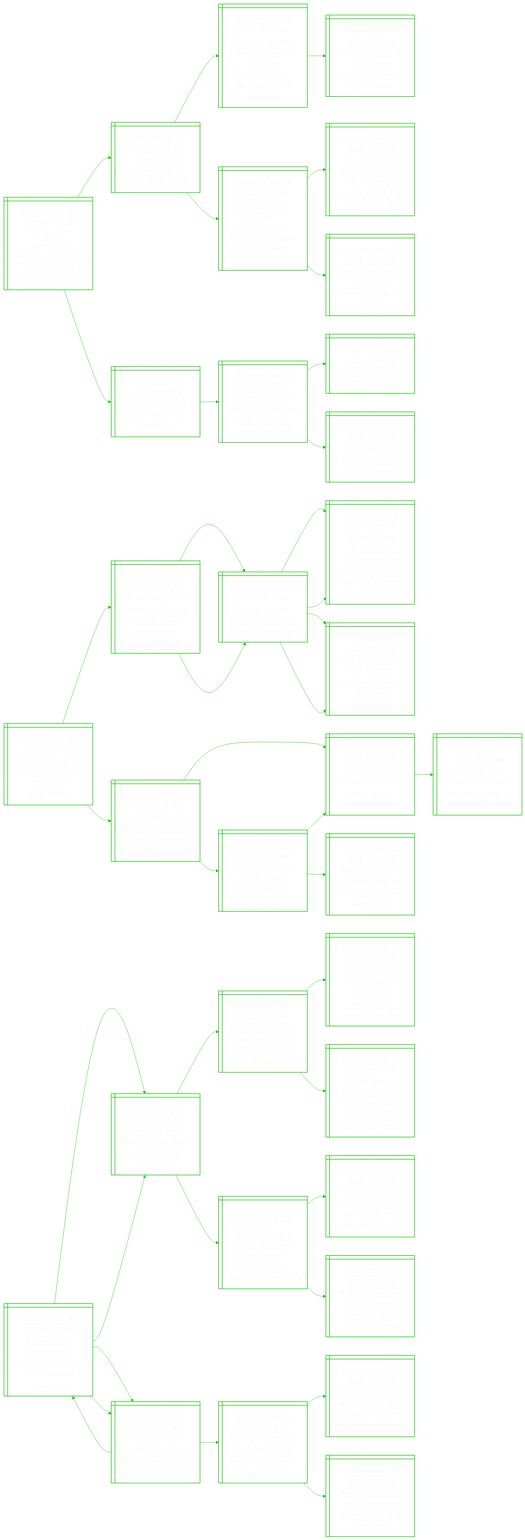
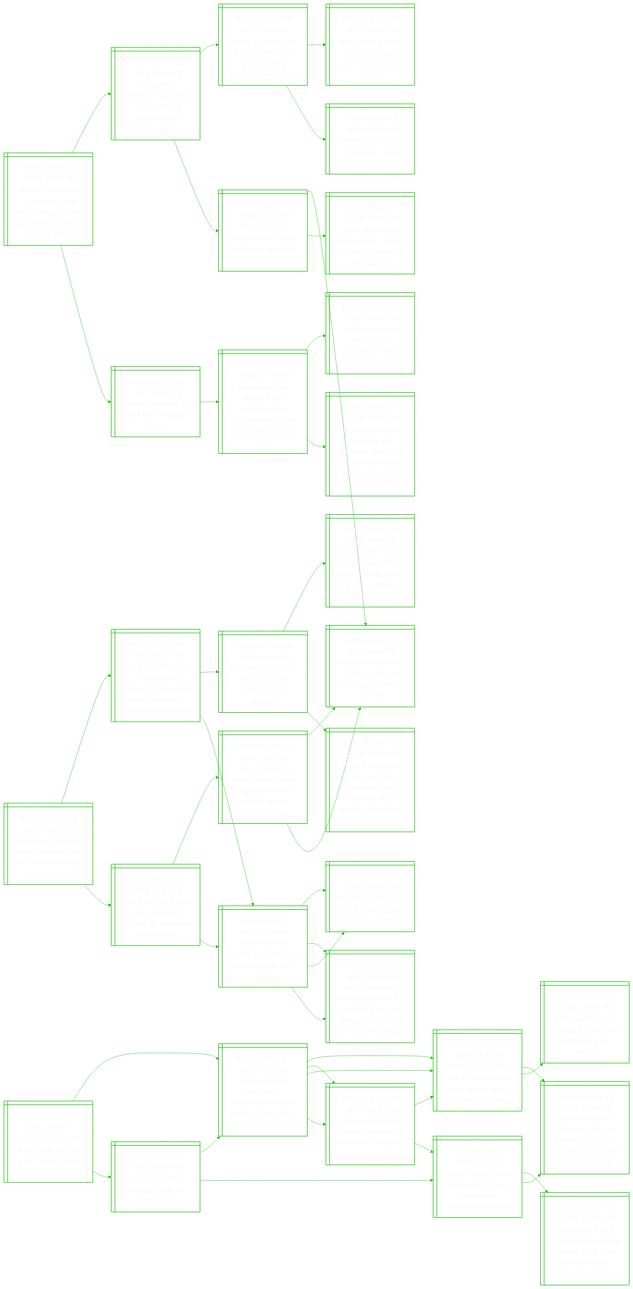
The diagram in README.md (notJmes/notJmes), drawn with Mermaid before and after one commit. The commit also changed other lines of this file, not shown here.

````diff
--- a/README.md
+++ b/README.md
@@ -16,127 +16,133 @@
 flowchart LR
 classDef txtsize font-size:20px;
 
-Ucotethsdssny@{ shape: win-pane, label: "_Published Dec 03, 2025, 11:01 AM_
-Us vaccine committee’s hepatitis b changes would be most consequential yet" }
-Usyidcsre@{ shape: win-pane, label: "_Published Dec 03, 2025, 10:25 AM_
-Us fda’s newly appointed drugs chief set to retire" }
-Ulcreeyituuaeole@{ shape: win-pane, label: "_Published Nov 18, 2025, 05:10 AM_
-Us health secretary robert f. kennedy jr tries to tie aluminium in vaccines to food allergies" }
-MaulStryeso@{ shape: win-pane, label: "_Published Sep 04, 2025, 10:20 AM_
-Medical groups call on us health secretary kennedy to step down" }
-FUleheioeepento@{ shape: win-pane, label: "_Published Sep 18, 2025, 01:56 AM_
-Fired us health agency chief testifies about pressure to ‘replace evidence with ideology’" }
-Ucotskoagsstfli@{ shape: win-pane, label: "_Published Aug 28, 2025, 08:08 AM_
-Us cdc chief out after just weeks in role, challenges ouster as four top officials resign" }
-FUdtaweycpy@{ shape: win-pane, label: "_Published Aug 29, 2025, 08:36 AM_
-Fired us cdc director clashed with kennedy on vaccine policy" }
-Rifttiec@{ shape: win-pane, label: "_Published Jan 02, 2025, 05:00 AM_
-Rfk jr is half right about american healthcare" }
-TnTsihzdech@{ shape: win-pane, label: "_Published Nov 20, 2024, 08:11 AM_
-Trump names tv personality mehmet oz as medicare, medicaid chief" }
-MhfoUg@{ shape: win-pane, label: "_Published Jan 04, 2023, 01:44 AM_
-Meet the new faces of the us congress" }
-Maenuual@{ shape: win-pane, label: "_Published Nov 18, 2024, 08:35 AM_
-Mcdonald’s feast undercuts trump health pledge" }
+Asderfrehpa@{ shape: win-pane, label: "_Published Dec 03, 2025, 03:45 PM_
+Airbus cuts delivery target after troubles with most popular jet" }
+Asiuyea@{ shape: win-pane, label: "_Published Dec 01, 2025, 10:40 PM_
+Airbus confirms ‘quality issue’ on a320 panels" }
+Aseocrdpscoi@{ shape: win-pane, label: "_Published Nov 29, 2025, 04:03 AM_
+Airbus issues major a320 recall; travel disruptions expected worldwide" }
+Spscyuciefsdmeo@{ shape: win-pane, label: "_Published Nov 29, 2025, 11:42 AM_
+21 scoot planes affected by airbus a320 recall; airline says fixes should be completed on nov 29" }
+AaJawmeiAtwsasft@{ shape: win-pane, label: "_Published Nov 29, 2025, 09:15 AM_
+Australia’s jetstar airways impacted by airbus a320 fleet software issue, cancels some flights" }
+Assrnlsaisiita@{ shape: win-pane, label: "_Published Dec 01, 2025, 08:41 AM_
+Airbus makes progress in resolving software crisis as airlines ride out a320 recall" }
+AsaoieexUoidp@{ shape: win-pane, label: "_Published Nov 30, 2025, 08:40 AM_
+Airbus a320 recall: global airlines race to fix jets; us reports little disruption" }
+Anrdexsruassav@{ shape: win-pane, label: "_Published Nov 29, 2025, 03:25 PM_
+Airlines worldwide race to fix a320 jets after airbus recall disrupts global travel" }
+Assrnlsaisiita@{ shape: win-pane, label: "_Published Dec 01, 2025, 08:41 AM_
+Airbus makes progress in resolving software crisis as airlines ride out a320 recall" }
+AsaoieexUoidp@{ shape: win-pane, label: "_Published Nov 30, 2025, 08:40 AM_
+Airbus a320 recall: global airlines race to fix jets; us reports little disruption" }
+Aseocrdpscoi@{ shape: win-pane, label: "_Published Nov 29, 2025, 04:03 AM_
+Airbus issues major a320 recall; travel disruptions expected worldwide" }
+Anrdexsruassav@{ shape: win-pane, label: "_Published Nov 29, 2025, 03:25 PM_
+Airlines worldwide race to fix a320 jets after airbus recall disrupts global travel" }
+Anrdexsruassav@{ shape: win-pane, label: "_Published Nov 29, 2025, 03:25 PM_
+Airlines worldwide race to fix a320 jets after airbus recall disrupts global travel" }
+Astimerts@{ shape: win-pane, label: "_Published Oct 07, 2025, 06:41 PM_
+Airbus a320 ousts boeing 737 as most-delivered jet in history" }
+Spscyuciefsdmeo@{ shape: win-pane, label: "_Published Nov 29, 2025, 11:42 AM_
+21 scoot planes affected by airbus a320 recall; airline says fixes should be completed on nov 29" }
 
-Ucotethsdssny:::txtsize --> Usyidcsre:::txtsize
-Usyidcsre:::txtsize --> Ulcreeyituuaeole:::txtsize
-Ulcreeyituuaeole:::txtsize --> MaulStryeso:::txtsize
-Usyidcsre:::txtsize --> FUleheioeepento:::txtsize
-FUleheioeepento:::txtsize --> Ucotskoagsstfli:::txtsize
-FUleheioeepento:::txtsize --> FUdtaweycpy:::txtsize
-Ucotethsdssny:::txtsize --> Rifttiec:::txtsize
-Rifttiec:::txtsize --> TnTsihzdech:::txtsize
-TnTsihzdech:::txtsize --> MhfoUg:::txtsize
-TnTsihzdech:::txtsize --> Maenuual:::txtsize
+Asderfrehpa:::txtsize --> Asiuyea:::txtsize
+Asiuyea:::txtsize --> Aseocrdpscoi:::txtsize
+Aseocrdpscoi:::txtsize --> Spscyuciefsdmeo:::txtsize
+Aseocrdpscoi:::txtsize --> AaJawmeiAtwsasft:::txtsize
+Asiuyea:::txtsize --> Assrnlsaisiita:::txtsize
+Assrnlsaisiita:::txtsize --> AsaoieexUoidp:::txtsize
+Assrnlsaisiita:::txtsize --> Anrdexsruassav:::txtsize
+Asderfrehpa:::txtsize --> Assrnlsaisiita:::txtsize
+Assrnlsaisiita:::txtsize --> AsaoieexUoidp:::txtsize
+AsaoieexUoidp:::txtsize --> Aseocrdpscoi:::txtsize
+AsaoieexUoidp:::txtsize --> Anrdexsruassav:::txtsize
+Assrnlsaisiita:::txtsize --> Anrdexsruassav:::txtsize
+Anrdexsruassav:::txtsize --> Astimerts:::txtsize
+Anrdexsruassav:::txtsize --> Spscyuciefsdmeo:::txtsize
 
-UecectnDom@{ shape: win-pane, label: "_Published Dec 03, 2025, 10:40 AM_
-Us wireless carrier at&t commits to ending dei programmes" }
-Utedsfsplageeh@{ shape: win-pane, label: "_Published Jan 22, 2025, 05:18 PM_
-Us govt workers in diversity offices to be put on leave as programmes ordered shut" }
-TcioirdsGi@{ shape: win-pane, label: "_Published Jan 21, 2025, 10:16 AM_
-Trump curtails protections around diversity, lgbtq rights" }
-Asdmseetiralavtge@{ shape: win-pane, label: "_Published Jan 12, 2025, 10:55 AM_
-Apple’s board recommends shareholders vote against proposal to eliminate diversity programmes" }
-MmsbiiomeTiuo@{ shape: win-pane, label: "_Published Jan 11, 2025, 08:43 AM_
-Meta, amazon scale back diversity programmes ahead of trump inauguration" }
-TcioirdsGi@{ shape: win-pane, label: "_Published Jan 21, 2025, 10:16 AM_
-Trump curtails protections around diversity, lgbtq rights" }
-Asdmseetiralavtge@{ shape: win-pane, label: "_Published Jan 12, 2025, 10:55 AM_
-Apple’s board recommends shareholders vote against proposal to eliminate diversity programmes" }
-MmsbiiomeTiuo@{ shape: win-pane, label: "_Published Jan 11, 2025, 08:43 AM_
-Meta, amazon scale back diversity programmes ahead of trump inauguration" }
-MSeiiiegpftoeia@{ shape: win-pane, label: "_Published Oct 17, 2025, 08:50 AM_
-More us universities join mit in rejecting trump’s preferential college funding plan" }
-TosoeftugrtM@{ shape: win-pane, label: "_Published Oct 14, 2025, 08:00 AM_
-Trump offers all colleges preferential funding plan rejected by mit" }
-GngcoetnooT@{ shape: win-pane, label: "_Published Sep 29, 2025, 09:25 AM_
-Give in or fight back? us colleges are torn on how to respond to trump" }
-BUrrtiuasaat@{ shape: win-pane, label: "_Published Oct 16, 2025, 07:00 AM_
-Brown university rejects a white house deal for special treatment" }
-TosoeftugrtM@{ shape: win-pane, label: "_Published Oct 14, 2025, 08:00 AM_
-Trump offers all colleges preferential funding plan rejected by mit" }
-BbetnssugtsT@{ shape: win-pane, label: "_Published Aug 05, 2025, 08:59 AM_
-Badly bruised elite us universities are rushing to cut deals with trump" }
+TfsoaeivtacWudfa@{ shape: win-pane, label: "_Published Dec 03, 2025, 03:40 PM_
+Tens of thousands of gazans need medical evacuation, says doctors without borders official" }
+Eesnbrec@{ shape: win-pane, label: "_Published Sep 23, 2025, 04:20 PM_
+Europe talks big on gaza but struggles to act" }
+Eihudctfsmoeina@{ shape: win-pane, label: "_Published Sep 22, 2025, 01:41 AM_
+Explainer: what would wider recognition of palestine mean for palestinians and israel?" }
+BiasiPgcseiaroni@{ shape: win-pane, label: "_Published Sep 21, 2025, 09:34 PM_
+Britain, canada, australia and portugal recognise palestinian state; israel condemns decision" }
+Pgrygssatis@{ shape: win-pane, label: "_Published Sep 22, 2025, 03:41 AM_
+Portugal formally recognises palestinian state, minister says" }
+Goheuyelynksea@{ shape: win-pane, label: "_Published Nov 21, 2025, 07:44 PM_
+Gaza women, children injured by israeli military during shaky ceasefire, msf says" }
+Tafdiahesle@{ shape: win-pane, label: "_Published Aug 18, 2025, 05:35 PM_
+The trauma of childhood in gaza: no school, few toys, little hope" }
+IludpsrGowog@{ shape: win-pane, label: "_Published Jul 27, 2025, 02:43 PM_
+Israel announces daily pauses in parts of gaza to allow aid for hungry" }
+NyeeawHakl@{ shape: win-pane, label: "_Published Oct 07, 2023, 12:04 PM_
+Netanyahu declares israel at war as hamas attacks kill over 100" }
+IlselsaGansec@{ shape: win-pane, label: "_Published Nov 20, 2025, 01:13 AM_
+Israeli air strikes kill 25 palestinians in gaza, rattling ceasefire, medics say" }
+Wouaaam@{ shape: win-pane, label: "_Published Oct 09, 2025, 05:50 PM_
+What does trump’s gaza peace plan promise?" }
+Gtbfiwneta@{ shape: win-pane, label: "_Published Nov 20, 2025, 12:33 AM_
+Gaza storms bring flooding, sewage and misery in tent camps" }
 
-UecectnDom:::txtsize --> Utedsfsplageeh:::txtsize
-Utedsfsplageeh:::txtsize --> TcioirdsGi:::txtsize
-TcioirdsGi:::txtsize --> Asdmseetiralavtge:::txtsize
-TcioirdsGi:::txtsize --> MmsbiiomeTiuo:::txtsize
-Utedsfsplageeh:::txtsize --> TcioirdsGi:::txtsize
-TcioirdsGi:::txtsize --> Asdmseetiralavtge:::txtsize
-TcioirdsGi:::txtsize --> MmsbiiomeTiuo:::txtsize
-UecectnDom:::txtsize --> MSeiiiegpftoeia:::txtsize
-MSeiiiegpftoeia:::txtsize --> TosoeftugrtM:::txtsize
-TosoeftugrtM:::txtsize --> GngcoetnooT:::txtsize
-MSeiiiegpftoeia:::txtsize --> BUrrtiuasaat:::txtsize
-BUrrtiuasaat:::txtsize --> TosoeftugrtM:::txtsize
-BUrrtiuasaat:::txtsize --> BbetnssugtsT:::txtsize
+TfsoaeivtacWudfa:::txtsize --> Eesnbrec:::txtsize
+Eesnbrec:::txtsize --> Eihudctfsmoeina:::txtsize
+Eihudctfsmoeina:::txtsize --> BiasiPgcseiaroni:::txtsize
+Eihudctfsmoeina:::txtsize --> Pgrygssatis:::txtsize
+TfsoaeivtacWudfa:::txtsize --> Goheuyelynksea:::txtsize
+Goheuyelynksea:::txtsize --> Tafdiahesle:::txtsize
+Tafdiahesle:::txtsize --> IludpsrGowog:::txtsize
+Tafdiahesle:::txtsize --> NyeeawHakl:::txtsize
+Goheuyelynksea:::txtsize --> IlselsaGansec:::txtsize
+IlselsaGansec:::txtsize --> Wouaaam:::txtsize
+IlselsaGansec:::txtsize --> Gtbfiwneta:::txtsize
 
-Uslgolirnpoi@{ shape: win-pane, label: "_Published Dec 03, 2025, 10:35 AM_
-Us pauses all immigration applications from 19 non-european countries" }
-Wttragtlit@{ shape: win-pane, label: "_Published Dec 03, 2025, 07:40 AM_
-‘we don’t want them’: trump rages against somali immigrants" }
-Tuaarottiou@{ shape: win-pane, label: "_Published Nov 28, 2025, 01:50 PM_
-Trump uses national guard shooting to cast suspicion on refugees" }
-TsniGmrstogi@{ shape: win-pane, label: "_Published Nov 28, 2025, 09:30 AM_
-Trump says one national guard member in washington shooting has died" }
-TvozrnTWcrfagt@{ shape: win-pane, label: "_Published Nov 28, 2025, 01:11 PM_
-Trump vows to freeze migration from ‘third world countries’ after washington attack" }
-Tsedeaptrtfmina@{ shape: win-pane, label: "_Published Nov 22, 2025, 01:24 PM_
-Trump says he is ending temporary deportation protections for somalis in minnesota" }
-Tpoiraoitmecr@{ shape: win-pane, label: "_Published Nov 15, 2025, 08:54 AM_
-Trump plan could limit green cards for immigrants from travel ban countries" }
-Tseonsifeoe@{ shape: win-pane, label: "_Published Jun 08, 2025, 06:07 PM_
-Trump’s travel ban on 12 countries goes into effect early on june 9" }
-Aaaiiptinylauc@{ shape: win-pane, label: "_Published Dec 03, 2025, 08:20 AM_
-Australia’s anti-migration populist pauline hanson eyes political resurgence" }
-Uslgolirnpoi@{ shape: win-pane, label: "_Published Dec 03, 2025, 10:35 AM_
-Us pauses all immigration applications from 19 non-european countries" }
-Wttragtlit@{ shape: win-pane, label: "_Published Dec 03, 2025, 07:40 AM_
-‘we don’t want them’: trump rages against somali immigrants" }
-Aaaiiptinylauc@{ shape: win-pane, label: "_Published Dec 03, 2025, 08:20 AM_
-Australia’s anti-migration populist pauline hanson eyes political resurgence" }
-FgsiliuHnbiln@{ shape: win-pane, label: "_Published Nov 24, 2025, 03:12 PM_
-Far-right australian politician pauline hanson dons burqa in parliament" }
-Aafgtriwonuii@{ shape: win-pane, label: "_Published Oct 19, 2025, 08:40 PM_
-Australia’s far-right on the march amid growing concerns about immigration" }
-Aasnirntocrn@{ shape: win-pane, label: "_Published Sep 15, 2025, 05:00 AM_
-Australia is losing the immigration debate to political correctness" }
+Ilrnadetotass@{ shape: win-pane, label: "_Published Dec 03, 2025, 03:05 PM_
+Israel says remains hamas handed over not those of last two gaza hostages" }
+Dtrzssselld@{ shape: win-pane, label: "_Published Nov 29, 2025, 11:27 PM_
+Death toll from gaza war surpasses 70,000, as ceasefire largely holds" }
+Iliaeseoewa@{ shape: win-pane, label: "_Published Oct 10, 2025, 07:10 AM_
+Israeli cabinet ratifies ceasefire and hostage deal with hamas" }
+TssHaossaaorslaoe@{ shape: win-pane, label: "_Published Oct 09, 2025, 05:09 AM_
+Trump says israel, hamas agree on first phase of gaza deal, allowing release of all israeli hostages" }
+Pgoihfcfge@{ shape: win-pane, label: "_Published Oct 10, 2025, 06:53 AM_
+Pm wong welcomes first phase of gaza ceasefire agreement" }
+Sbsrcdnacaale@{ shape: win-pane, label: "_Published Oct 08, 2023, 12:45 AM_
+‘sea of bodies’ in israel, scores dead in gaza as shock hamas attack unleashes war" }
+NyeeawHakl@{ shape: win-pane, label: "_Published Oct 07, 2023, 12:04 PM_
+Netanyahu declares israel at war as hamas attacks kill over 100" }
+NyeeawHakl@{ shape: win-pane, label: "_Published Oct 07, 2023, 12:04 PM_
+Netanyahu declares israel at war as hamas attacks kill over 100" }
+IleeeidoseMtHrrr@{ shape: win-pane, label: "_Published Nov 26, 2025, 07:41 PM_
+Israel has returned 15 palestinian bodies to gaza, says health ministry in hamas-run territory" }
+Iliaeseoewa@{ shape: win-pane, label: "_Published Oct 10, 2025, 07:10 AM_
+Israeli cabinet ratifies ceasefire and hostage deal with hamas" }
+TssHaossaaorslaoe@{ shape: win-pane, label: "_Published Oct 09, 2025, 05:09 AM_
+Trump says israel, hamas agree on first phase of gaza deal, allowing release of all israeli hostages" }
+Pgoihfcfge@{ shape: win-pane, label: "_Published Oct 10, 2025, 06:53 AM_
+Pm wong welcomes first phase of gaza ceasefire agreement" }
+GrrswrHvnrs@{ shape: win-pane, label: "_Published Nov 24, 2025, 08:22 PM_
+Gaza truce progress slow as israeli-hamas violence persists" }
+Tdrcaaededlncbs@{ shape: win-pane, label: "_Published Oct 14, 2025, 07:45 PM_
+Trump declares victory as gaza ceasefire deal reached, but a lasting peace may be elusive" }
+AtHfezerydatoGel@{ shape: win-pane, label: "_Published Sep 30, 2025, 06:45 AM_
+Amnesty for hamas fighters, gaza to be governed by ‘board of peace’: details of the gaza peace plan" }
 
-Uslgolirnpoi:::txtsize --> Wttragtlit:::txtsize
-Wttragtlit:::txtsize --> Tuaarottiou:::txtsize
-Tuaarottiou:::txtsize --> TsniGmrstogi:::txtsize
-Tuaarottiou:::txtsize --> TvozrnTWcrfagt:::txtsize
-Wttragtlit:::txtsize --> Tsedeaptrtfmina:::txtsize
-Tsedeaptrtfmina:::txtsize --> Tpoiraoitmecr:::txtsize
-Tsedeaptrtfmina:::txtsize --> Tseonsifeoe:::txtsize
-Uslgolirnpoi:::txtsize --> Aaaiiptinylauc:::txtsize
-Aaaiiptinylauc:::txtsize --> Uslgolirnpoi:::txtsize
-Uslgolirnpoi:::txtsize --> Wttragtlit:::txtsize
-Uslgolirnpoi:::txtsize --> Aaaiiptinylauc:::txtsize
-Aaaiiptinylauc:::txtsize --> FgsiliuHnbiln:::txtsize
-FgsiliuHnbiln:::txtsize --> Aafgtriwonuii:::txtsize
-FgsiliuHnbiln:::txtsize --> Aasnirntocrn:::txtsize
+Ilrnadetotass:::txtsize --> Dtrzssselld:::txtsize
+Dtrzssselld:::txtsize --> Iliaeseoewa:::txtsize
+Iliaeseoewa:::txtsize --> TssHaossaaorslaoe:::txtsize
+Iliaeseoewa:::txtsize --> Pgoihfcfge:::txtsize
+Dtrzssselld:::txtsize --> Sbsrcdnacaale:::txtsize
+Sbsrcdnacaale:::txtsize --> NyeeawHakl:::txtsize
+Sbsrcdnacaale:::txtsize --> NyeeawHakl:::txtsize
+Ilrnadetotass:::txtsize --> IleeeidoseMtHrrr:::txtsize
+IleeeidoseMtHrrr:::txtsize --> Iliaeseoewa:::txtsize
+Iliaeseoewa:::txtsize --> TssHaossaaorslaoe:::txtsize
+Iliaeseoewa:::txtsize --> Pgoihfcfge:::txtsize
+IleeeidoseMtHrrr:::txtsize --> GrrswrHvnrs:::txtsize
+GrrswrHvnrs:::txtsize --> Tdrcaaededlncbs:::txtsize
+GrrswrHvnrs:::txtsize --> AtHfezerydatoGel:::txtsize
 
 ```
````
